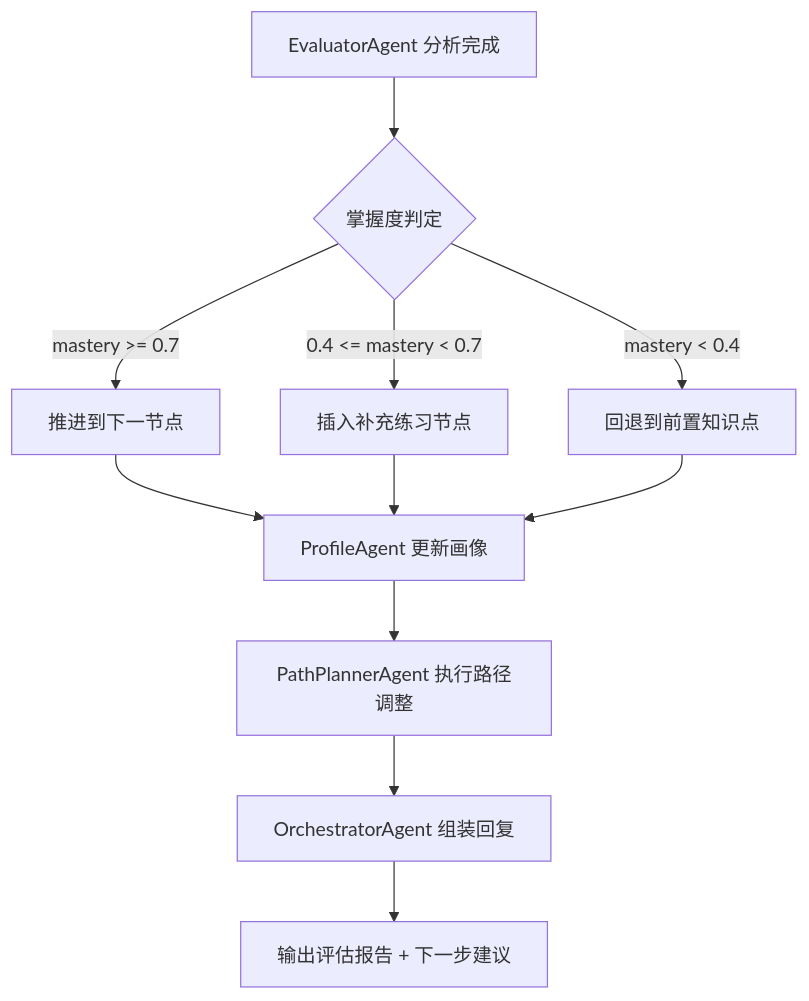
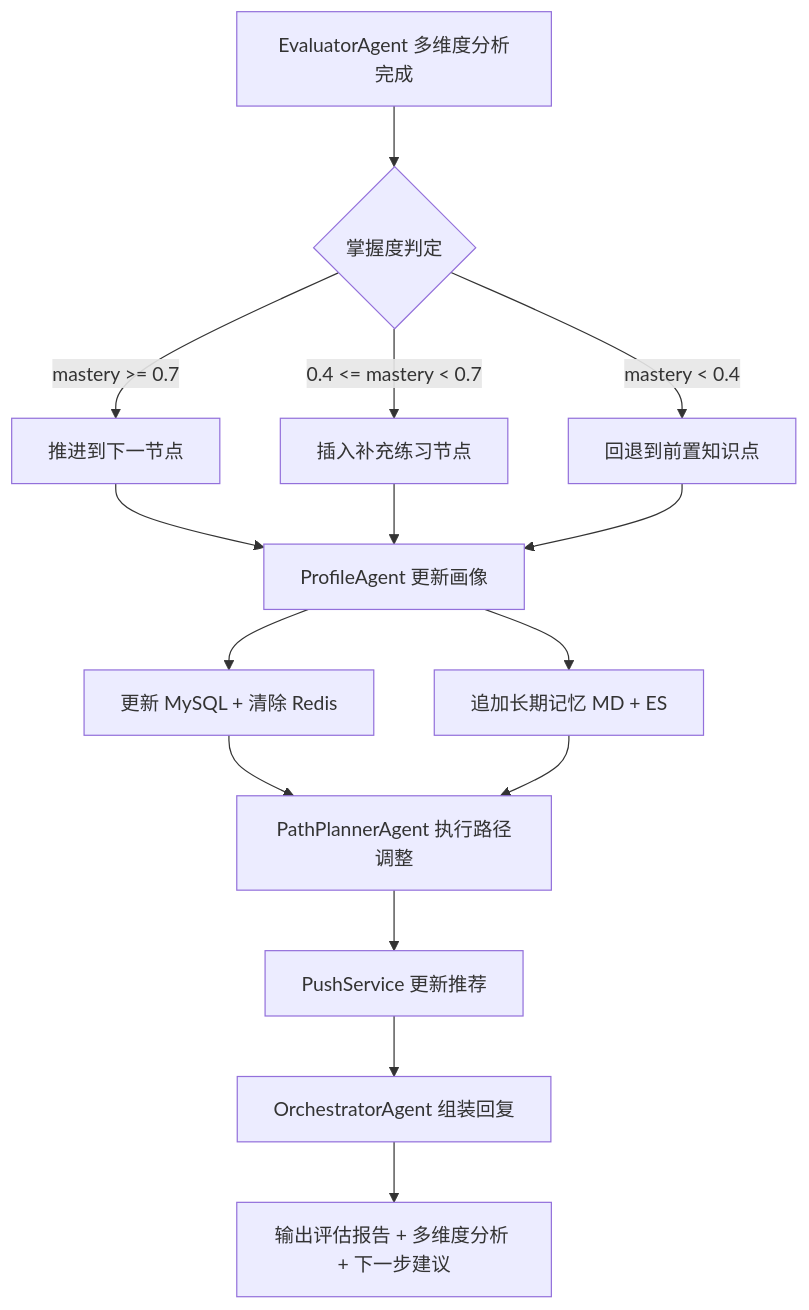
Before and after one commit to Lntanohuang/CS_Buddy: the third of 7 diagrams in docs/TDD.md, drawn with Mermaid. The commit also changed other lines of this file and 40 other files, not shown here.

````diff
--- a/docs/TDD.md
+++ b/docs/TDD.md
@@ -880,15 +1272,19 @@
 ```mermaid
 flowchart TD
-    A[EvaluatorAgent 分析完成] --> B{掌握度判定}
+    A[EvaluatorAgent 多维度分析完成] --> B{掌握度判定}
     B -->|mastery >= 0.7| C[推进到下一节点]
     B -->|0.4 <= mastery < 0.7| D[插入补充练习节点]
     B -->|mastery < 0.4| E[回退到前置知识点]
     
     C --> F[ProfileAgent 更新画像]
     D --> F
     E --> F
     
-    F --> G[PathPlannerAgent 执行路径调整]
-    G --> H[OrchestratorAgent 组装回复]
-    H --> I[输出评估报告 + 下一步建议]
+    F --> G[更新 MySQL + 清除 Redis]
+    F --> H[追加长期记忆 MD + ES]
+    G --> I[PathPlannerAgent 执行路径调整]
+    H --> I
+    I --> J[PushService 更新推荐]
+    J --> K[OrchestratorAgent 组装回复]
+    K --> L[输出评估报告 + 多维度分析 + 下一步建议]
 ```
````
